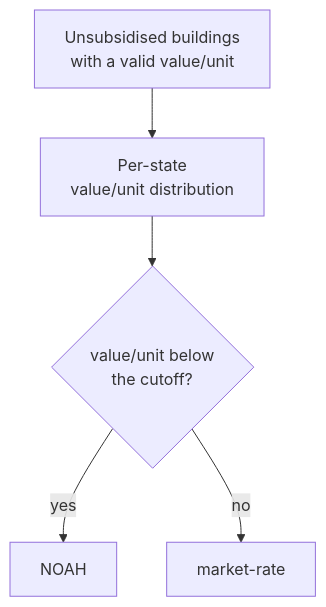
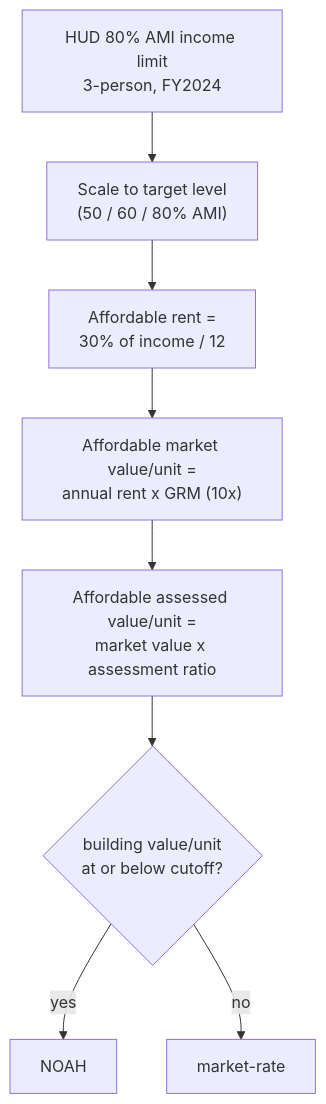
The ninth of 11 diagrams in data-methods.qmd (alibishokputov/green-gap-affordable-housing), drawn with Mermaid before and after one commit. The commit also changed other lines of this file and 15 other files, not shown here.

First line of the commit message:
Anchor NOAH cutoff to AMI affordability standard; American spelling

````diff
--- a/data-methods.qmd
+++ b/data-methods.qmd
@@ -245,7 +249,10 @@
 ```{mermaid}
 flowchart TD
-  A["Unsubsidised buildings<br/>with a valid value/unit"] --> B["Per-state<br/>value/unit distribution"]
-  B --> C{"value/unit below<br/>the cutoff?"}
-  C -->|yes| D["NOAH"]
-  C -->|no| E["market-rate"]
+  A["HUD 80% AMI income limit<br/>3-person, FY2024"] --> B["Scale to target level<br/>(50 / 60 / 80% AMI)"]
+  B --> C["Affordable rent =<br/>30% of income / 12"]
+  C --> D["Affordable market value/unit =<br/>annual rent x GRM (10x)"]
+  D --> E["Affordable assessed value/unit =<br/>market value x assessment ratio"]
+  E --> F{"building value/unit<br/>at or below cutoff?"}
+  F -->|yes| G["NOAH"]
+  F -->|no| H["market-rate"]
 ```
````
